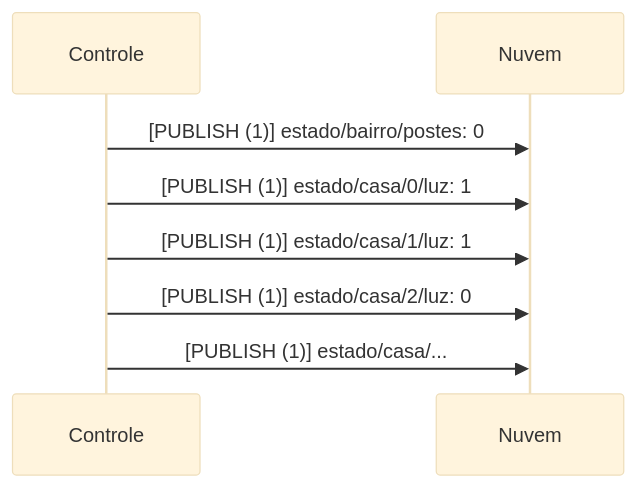
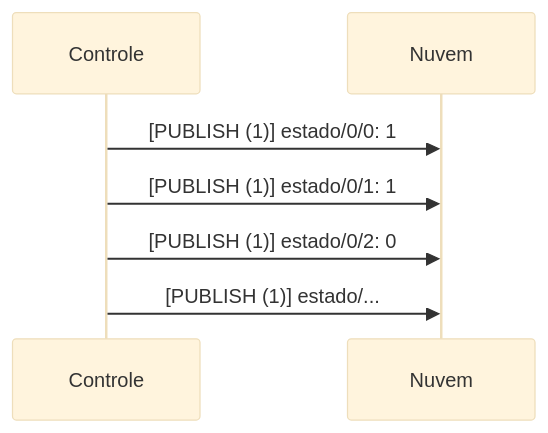
Before and after one commit to ederson-torresini/itl20231: the second of 5 diagrams in projeto-da-disciplina.md, drawn with Mermaid (base theme). The commit also changed other lines of this file and 6 other files, not shown here.

````diff
--- a/projeto-da-disciplina.md
+++ b/projeto-da-disciplina.md
@@ -70,8 +62,7 @@
 ```mermaid
 sequenceDiagram
-Controle ->> Nuvem: [PUBLISH (1)] estado/bairro/postes: 0
-Controle ->> Nuvem: [PUBLISH (1)] estado/casa/0/luz: 1
-Controle ->> Nuvem: [PUBLISH (1)] estado/casa/1/luz: 1
-Controle ->> Nuvem: [PUBLISH (1)] estado/casa/2/luz: 0
-Controle ->> Nuvem: [PUBLISH (1)] estado/casa/...
+Controle ->> Nuvem: [PUBLISH (1)] estado/0/0: 1
+Controle ->> Nuvem: [PUBLISH (1)] estado/0/1: 1
+Controle ->> Nuvem: [PUBLISH (1)] estado/0/2: 0
+Controle ->> Nuvem: [PUBLISH (1)] estado/...
 ```
````
